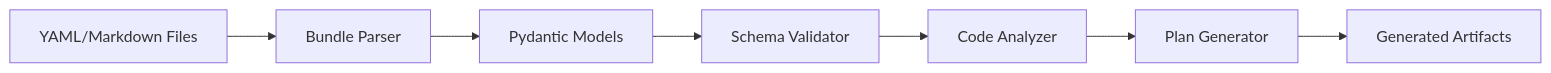
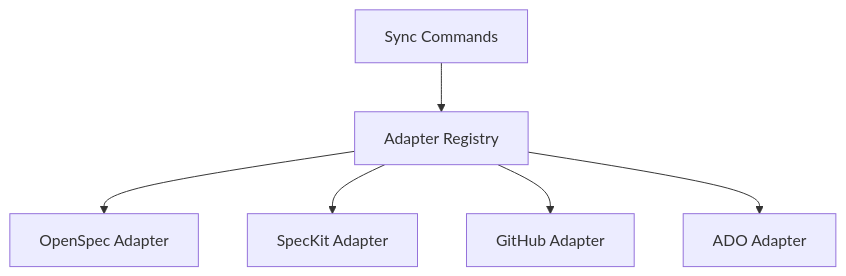
Before and after one commit to nold-ai/specfact-cli: the second of 2 diagrams in docs/architecture/component-graph.md, drawn with Mermaid. The commit also changed other lines of this file and 65 other files, not shown here.

Commit message:
chore(openspec): archive completed changes and align architecture docs

````diff
--- a/docs/architecture/component-graph.md
+++ b/docs/architecture/component-graph.md
@@ -88,9 +20,8 @@
 ```mermaid
-graph LR
-    Input[YAML/Markdown Files] --> Parser[Bundle Parser]
-    Parser --> Models[Pydantic Models]
-    Models --> Validator[Schema Validator]
-    Validator --> Analyzer[Code Analyzer]
-    Analyzer --> Generator[Plan Generator]
-    Generator --> Output[Generated Artifacts]
+graph TD
+    Sync[Sync Commands] --> AdapterRegistry[Adapter Registry]
+    AdapterRegistry --> OpenSpec[OpenSpec Adapter]
+    AdapterRegistry --> SpecKit[SpecKit Adapter]
+    AdapterRegistry --> GitHub[GitHub Adapter]
+    AdapterRegistry --> ADO[ADO Adapter]
 ```
````
